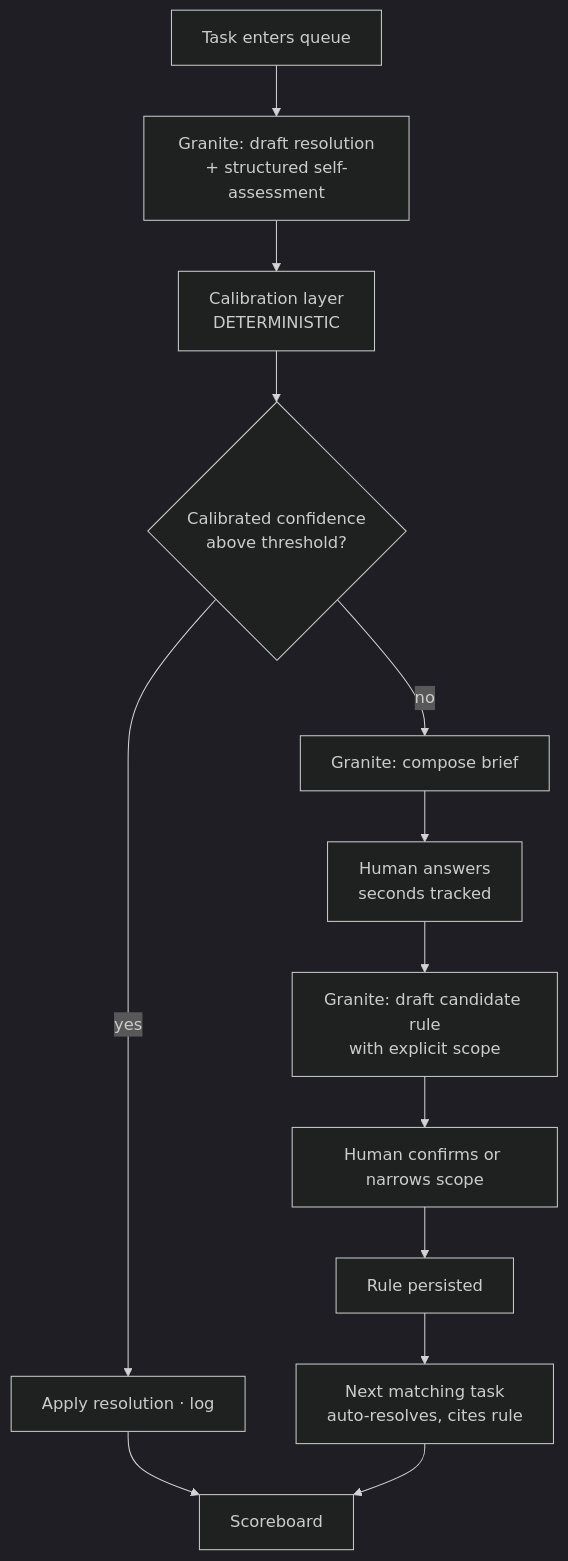
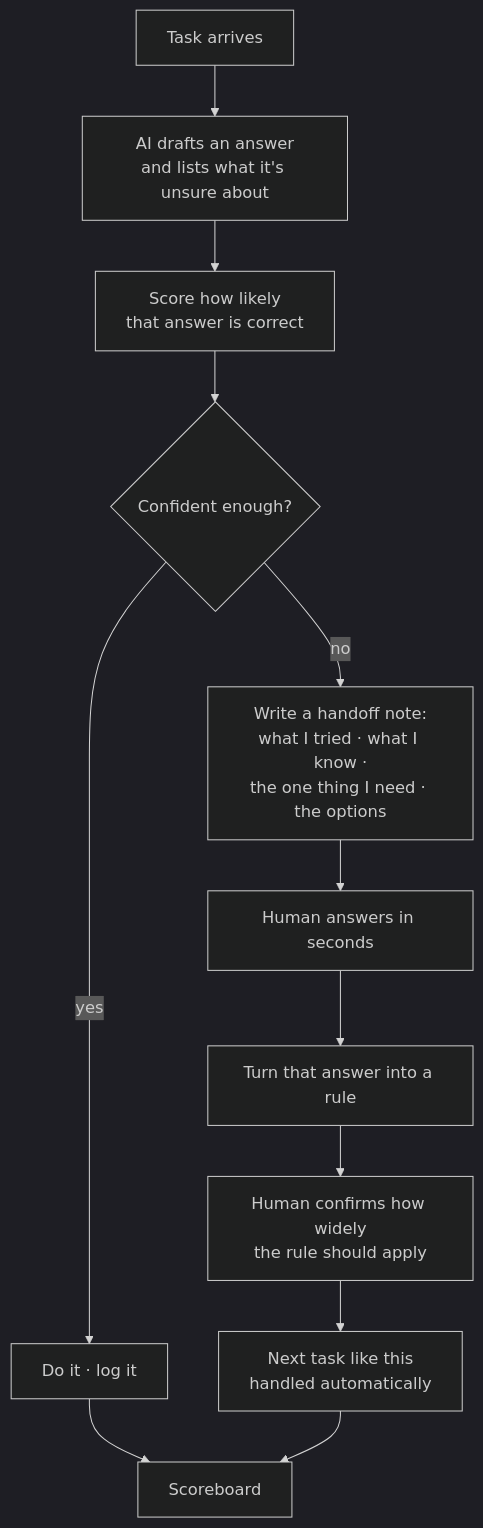
Before and after one commit to kidskoding/ledger: the second of 4 diagrams in docs/August Wildcard Project Notes.md, drawn with Mermaid (dark theme). The commit also changed other lines of this file and 4 other files, not shown here.

````diff
--- a/docs/August Wildcard Project Notes.md
+++ b/docs/August Wildcard Project Notes.md
@@ -672,15 +57,14 @@
 ```mermaid
 flowchart TD
-    A[Task enters queue] --> B[Granite: draft resolution<br/>+ structured self-assessment]
-    B --> C[Calibration layer<br/>DETERMINISTIC]
-    C --> D{Calibrated confidence<br/>above threshold?}
-    D -->|yes| E[Apply resolution · log]
-    D -->|no| F[Granite: compose brief]
-    F --> G[Human answers<br/>seconds tracked]
-    G --> H[Granite: draft candidate rule<br/>with explicit scope]
-    H --> I[Human confirms or narrows scope]
-    I --> J[Rule persisted]
-    J --> K[Next matching task<br/>auto-resolves, cites rule]
-    E --> L[Scoreboard]
-    K --> L
+    A[Task arrives] --> B[AI drafts an answer<br/>and lists what it's unsure about]
+    B --> C[Score how likely<br/>that answer is correct]
+    C --> D{Confident enough?}
+    D -->|yes| E[Do it · log it]
+    D -->|no| F[Write a handoff note:<br/>what I tried · what I know ·<br/>the one thing I need · the options]
+    F --> G[Human answers in seconds]
+    G --> H[Turn that answer into a rule]
+    H --> I[Human confirms how widely<br/>the rule should apply]
+    I --> J[Next task like this<br/>handled automatically]
+    E --> K[Scoreboard]
+    J --> K
 ```
````
